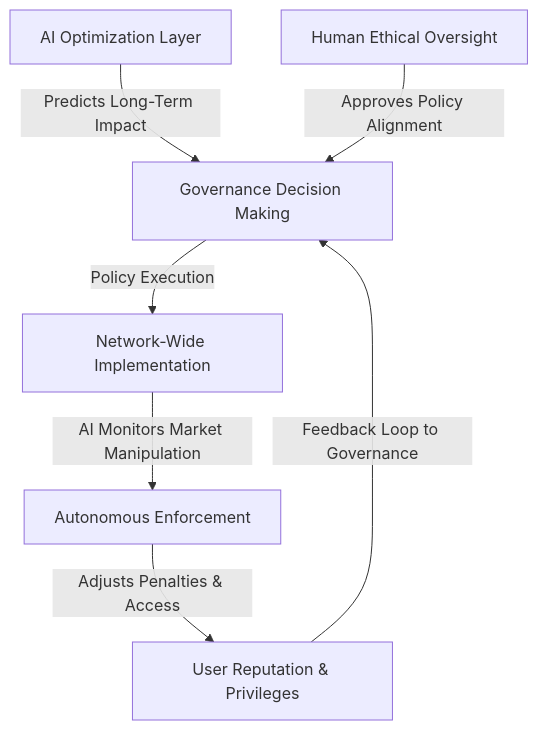
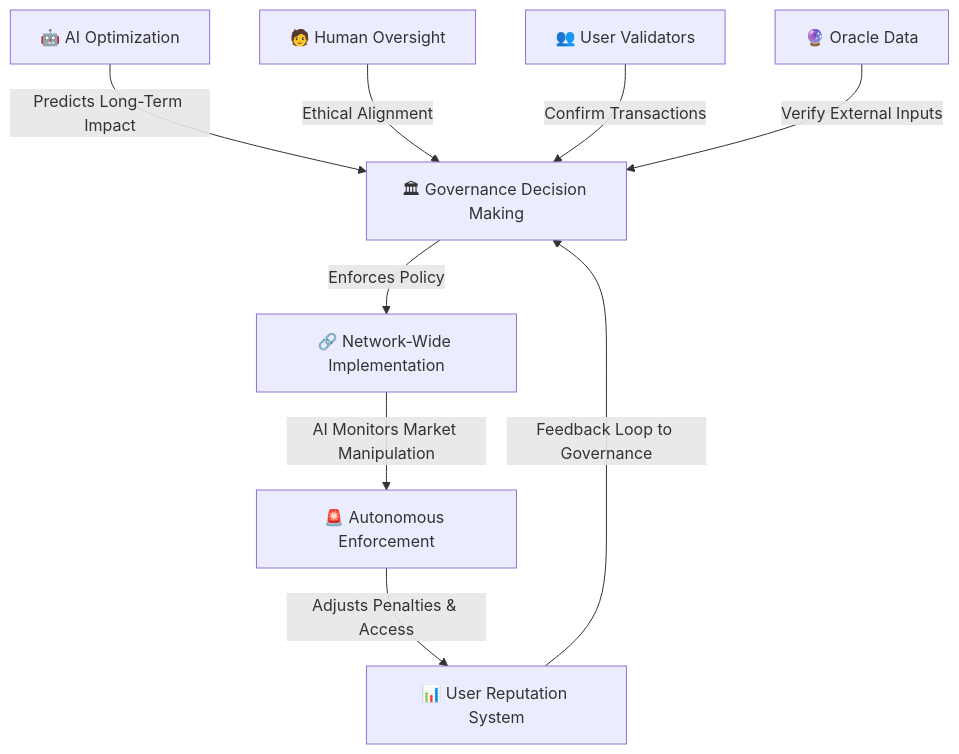
One commit to Iconoclastdao/Iconoclast-Sovereign-Network changed the second of 5 diagrams in README.md. Above: the diagram before and after it, drawn with Mermaid. The commit also changed other lines of this file, not shown here.

````diff
--- a/README.md
+++ b/README.md
@@ -72,9 +38,11 @@
 ```mermaid
 graph TD
-    A[AI Optimization Layer] -->|Predicts Long-Term Impact| B[Governance Decision Making]
-    C[Human Ethical Oversight] -->|Approves Policy Alignment| B
-    B -->|Policy Execution| D[Network-Wide Implementation]
-    D -->|AI Monitors Market Manipulation| E[Autonomous Enforcement]
-    E -->|Adjusts Penalties & Access| F[User Reputation & Privileges]
+    A[🤖 AI Optimization] -->|Predicts Long-Term Impact| B[🏛 Governance Decision Making]
+    C[🧑 Human Oversight] -->|Ethical Alignment| B
+    U[👥 User Validators] -->|Confirm Transactions| B
+    O[🔮 Oracle Data] -->|Verify External Inputs| B
+    B -->|Enforces Policy| D[🔗 Network-Wide Implementation]
+    D -->|AI Monitors Market Manipulation| E[🚨 Autonomous Enforcement]
+    E -->|Adjusts Penalties & Access| F[📊 User Reputation System]
     F -->|Feedback Loop to Governance| B
 ```
````
